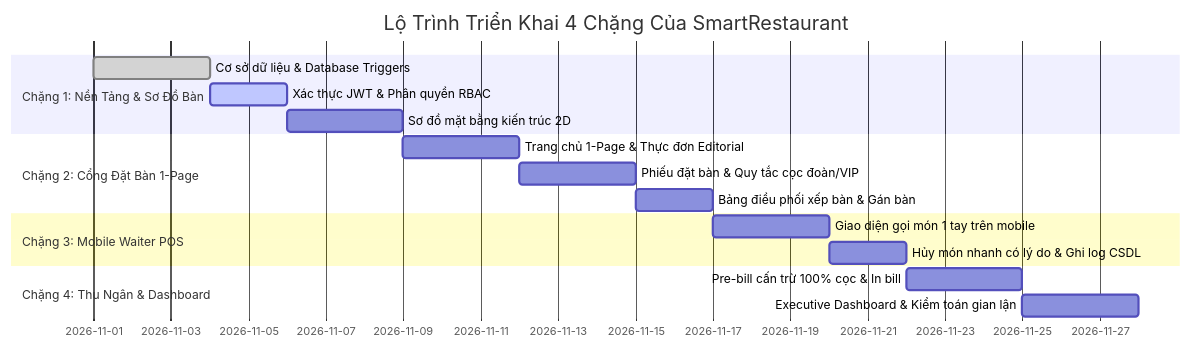
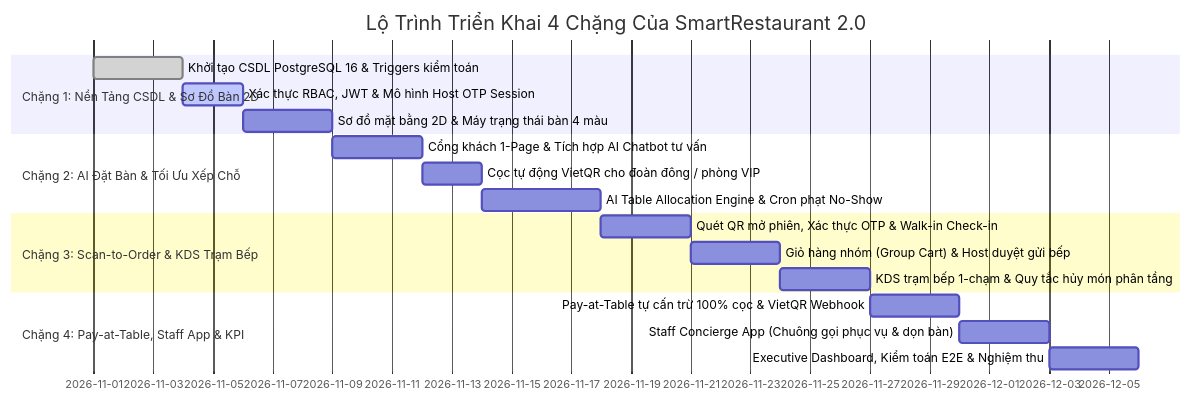
The diagram in docs/09-step-7-readiness.md (hoangvu180225-cell/smart-restaurant), drawn with Mermaid before and after one commit. The commit also changed other lines of this file and 13 other files, not shown here.

Commit message:
docs: overhaul system design to SmartRestaurant 2.0 with AI automation and self-service

````diff
--- a/docs/09-step-7-readiness.md
+++ b/docs/09-step-7-readiness.md
@@ -26,22 +25,24 @@
 ```mermaid
 gantt
-    title Lộ Trình Triển Khai 4 Chặng Của SmartRestaurant
+    title Lộ Trình Triển Khai 4 Chặng Của SmartRestaurant 2.0
     dateFormat  YYYY-MM-DD
-    section Chặng 1: Nền Tảng & Sơ Đồ Bàn
-    Cơ sở dữ liệu & Database Triggers      :done, c1_db, 2026-11-01, 3d
-    Xác thực JWT & Phân quyền RBAC        :active, c1_auth, after c1_db, 2d
-    Sơ đồ mặt bằng kiến trúc 2D           :c1_floor, after c1_auth, 3d
+    section Chặng 1: Nền Tảng CSDL & Sơ Đồ Bàn 2D
+    Khởi tạo CSDL PostgreSQL 16 & Triggers kiểm toán :done, c1_db, 2026-11-01, 3d
+    Xác thực RBAC, JWT & Mô hình Host OTP Session    :active, c1_auth, after c1_db, 2d
+    Sơ đồ mặt bằng 2D & Máy trạng thái bàn 4 màu     :c1_floor, after c1_auth, 3d
 
-    section Chặng 2: Cổng Đặt Bàn 1-Page
-    Trang chủ 1-Page & Thực đơn Editorial :c2_portal, after c1_floor, 3d
-    Phiếu đặt bàn & Quy tắc cọc đoàn/VIP  :c2_res, after c2_portal, 3d
-    Bảng điều phối xếp bàn & Gán bàn      :c2_disp, after c2_res, 2d
+    section Chặng 2: AI Đặt Bàn & Tối Ưu Xếp Chỗ
+    Cổng khách 1-Page & Tích hợp AI Chatbot tư vấn   :c2_portal, after c1_floor, 3d
+    Cọc tự động VietQR cho đoàn đông / phòng VIP     :c2_dep, after c2_portal, 2d
+    AI Table Allocation Engine & Cron phạt No-Show   :c2_ai, after c2_dep, 4d
 
-    section Chặng 3: Mobile Waiter POS
-    Giao diện gọi món 1 tay trên mobile   :c3_pos, after c2_disp, 3d
-    Hủy món nhanh có lý do & Ghi log CSDL :c3_cancel, after c3_pos, 2d
+    section Chặng 3: Scan-to-Order & KDS Trạm Bếp
+    Quét QR mở phiên, Xác thực OTP & Walk-in Check-in:c3_qr, after c2_ai, 3d
+    Giỏ hàng nhóm (Group Cart) & Host duyệt gửi bếp :c3_cart, after c3_qr, 3d
+    KDS trạm bếp 1-chạm & Quy tắc hủy món phân tầng :c3_kds, after c3_cart, 3d
 
-    section Chặng 4: Thu Ngân & Dashboard
-    Pre-bill cấn trừ 100% cọc & In bill   :c4_bill, after c3_cancel, 3d
-    Executive Dashboard & Kiểm toán gian lận :c4_dash, after c4_bill, 3d
+    section Chặng 4: Pay-at-Table, Staff App & KPI
+    Pay-at-Table tự cấn trừ 100% cọc & VietQR Webhook:c4_pay, after c3_kds, 3d
+    Staff Concierge App (Chuông gọi phục vụ & dọn bàn):c4_staff, after c4_pay, 3d
+    Executive Dashboard, Kiểm toán E2E & Nghiệm thu  :c4_dash, after c4_staff, 3d
 ```
````
